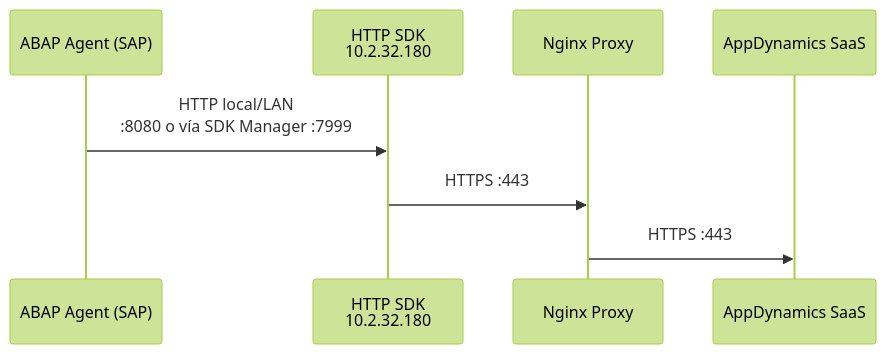
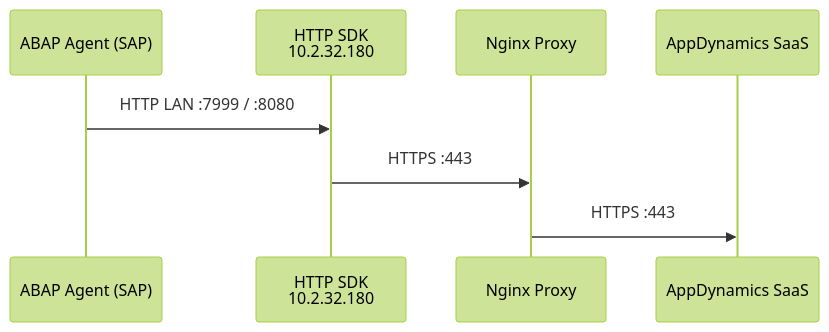
Before and after one commit to ulix1808/ICASA_Observability: the third of 4 diagrams in docs/00-arquitectura/arquitectura-general.md, drawn with Mermaid (forest theme). The commit also changed other lines of this file and 10 other files, not shown here.

````diff
--- a/docs/00-arquitectura/arquitectura-general.md
+++ b/docs/00-arquitectura/arquitectura-general.md
@@ -83,11 +86,11 @@
 ```mermaid
 sequenceDiagram
     participant ABAP as ABAP Agent (SAP)
     participant SDK as HTTP SDK<br/>10.2.32.180
     participant NGX as Nginx Proxy
     participant APPD as AppDynamics SaaS
 
-    ABAP->>SDK: HTTP local/LAN<br/>:8080 o vía SDK Manager :7999
+    ABAP->>SDK: HTTP LAN :7999 / :8080
     SDK->>NGX: HTTPS :443
     NGX->>APPD: HTTPS :443
 ```
````
